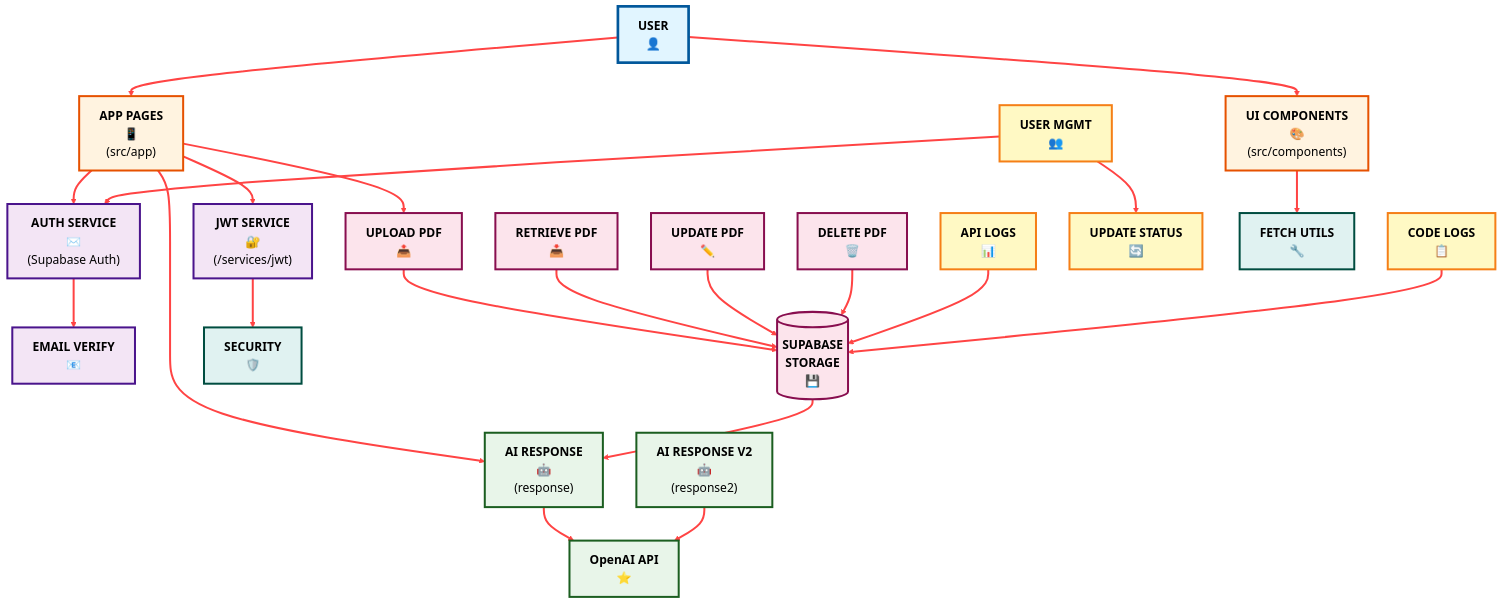
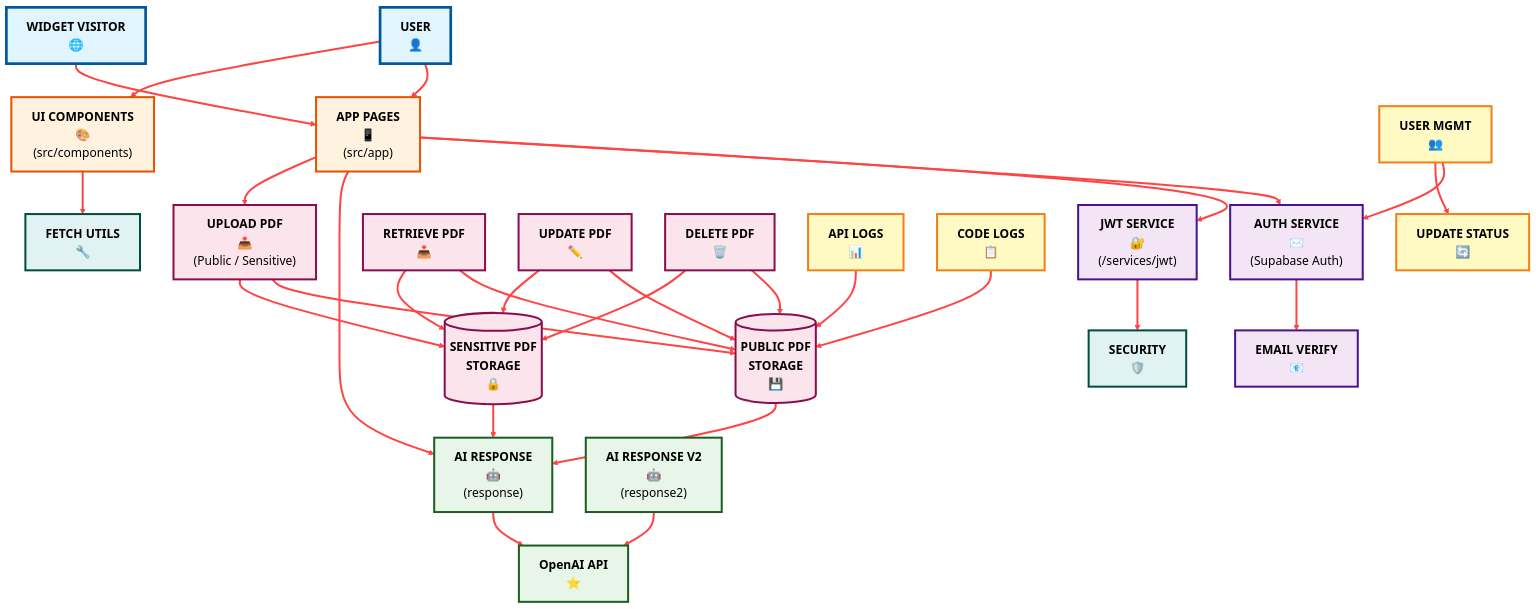
One commit to cordyStackX/lccb_ai_2 changed the diagram in README.md. Above: the diagram before and after it, drawn with Mermaid. The commit also changed other lines of this file and 3 other files, not shown here.

First line of the commit message:
docs(readme): update for Public vs Sensitive PDF separation and widget scoping

````diff
--- a/README.md
+++ b/README.md
@@ -94,6 +105,7 @@
 flowchart TD
     %% ===== User Interface =====
     User["<b>USER</b><br/>👤"]
+    ChatBotVisitor["<b>WIDGET VISITOR</b><br/>🌐"]
     
     %% ===== Presentation Layer =====
     UI_Pages["<b>APP PAGES</b><br/>📱<br/>(src/app)"]
@@ -110,11 +122,12 @@
     OpenAI_API["<b>OpenAI API</b><br/>⭐"]
     
     %% ===== Storage Layer =====
-    Upload_PDF["<b>UPLOAD PDF</b><br/>📤"]
+    Upload_PDF["<b>UPLOAD PDF</b><br/>📤<br/>(Public / Sensitive)"]
     Retrieve_PDF["<b>RETRIEVE PDF</b><br/>📥"]
     Update_PDF["<b>UPDATE PDF</b><br/>✏️"]
     Delete_PDF["<b>DELETE PDF</b><br/>🗑️"]
-    Storage[("<b>SUPABASE<br/>STORAGE</b><br/>💾")]
+    Storage_Public[("<b>PUBLIC PDF<br/>STORAGE</b><br/>💾")]
+    Storage_Sensitive[("<b>SENSITIVE PDF<br/>STORAGE</b><br/>🔒")]
     
     %% ===== Admin Services =====
     Manage_User["<b>USER MGMT</b><br/>👥"]
@@ -129,6 +142,7 @@
     %% ===== Flow Connections =====
     User --> UI_Pages
     User --> UI_Components
+    ChatBotVisitor --> UI_Pages
     
     UI_Pages --> JWT_Service
     UI_Pages -->Auth_Service
@@ -146,15 +160,20 @@
     Manage_User -->Auth_Service
     Manage_User --> Update_Status
     
-    Upload_PDF --> Storage
-    Retrieve_PDF -->Storage
-    Update_PDF -->Storage
-    Delete_PDF -->Storage
+    Upload_PDF --> Storage_Public
+    Upload_PDF --> Storage_Sensitive
+    Retrieve_PDF -->Storage_Public
+    Retrieve_PDF -->Storage_Sensitive
+    Update_PDF -->Storage_Public
+    Update_PDF -->Storage_Sensitive
+    Delete_PDF -->Storage_Public
+    Delete_PDF -->Storage_Sensitive
     
-    API_Logs -->Storage
-    Code_Logs -->Storage
+    API_Logs -->Storage_Public
+    Code_Logs -->Storage_Public
     
-    Storage -->AI_Response
+    Storage_Public -->AI_Response
+    Storage_Sensitive -->AI_Response
     
     %% ===== Styling =====
     linkStyle default stroke:#ff4444,stroke-width:3px
@@ -166,11 +185,11 @@
     classDef adminStyle fill:#fff9c4,stroke:#f57f17,stroke-width:3px,color:#000
     classDef utilStyle fill:#e0f2f1,stroke:#004d40,stroke-width:3px,color:#000
     
-    class User userStyle
+    class User,ChatBotVisitor userStyle
     class UI_Pages,UI_Components uiStyle
     class JWT_Service,Auth_Service,Email_Verification authStyle
     class AI_Response,AI_Response2,OpenAI_API aiStyle
-    class Upload_PDF,Retrieve_PDF,Update_PDF,Delete_PDF,Storage storageStyle
+    class Upload_PDF,Retrieve_PDF,Update_PDF,Delete_PDF,Storage_Public,Storage_Sensitive storageStyle
     class Manage_User,API_Logs,Code_Logs,Update_Status adminStyle
     class Security_Helper,Fetch_Utils utilStyle
 ```
````
